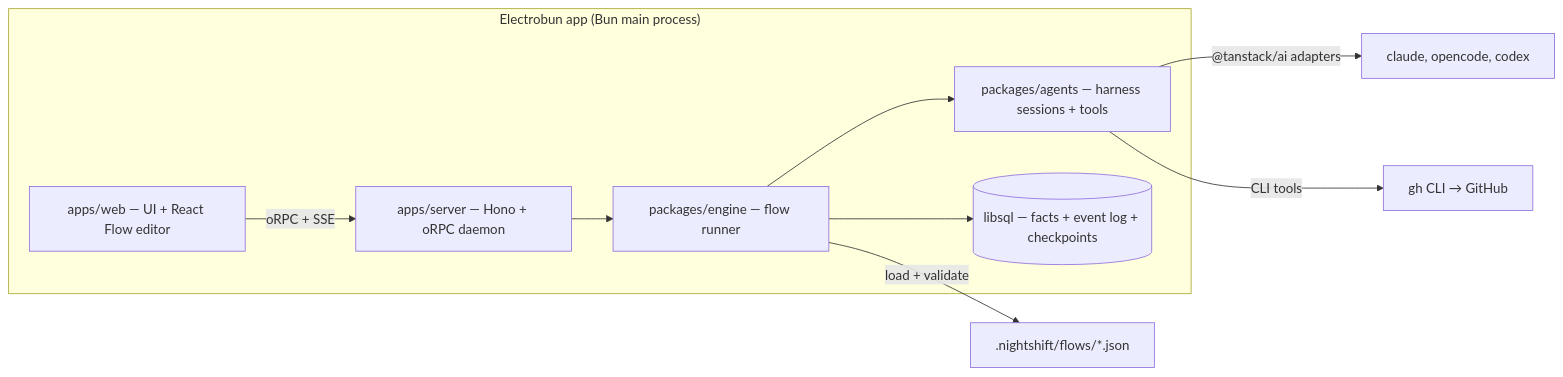
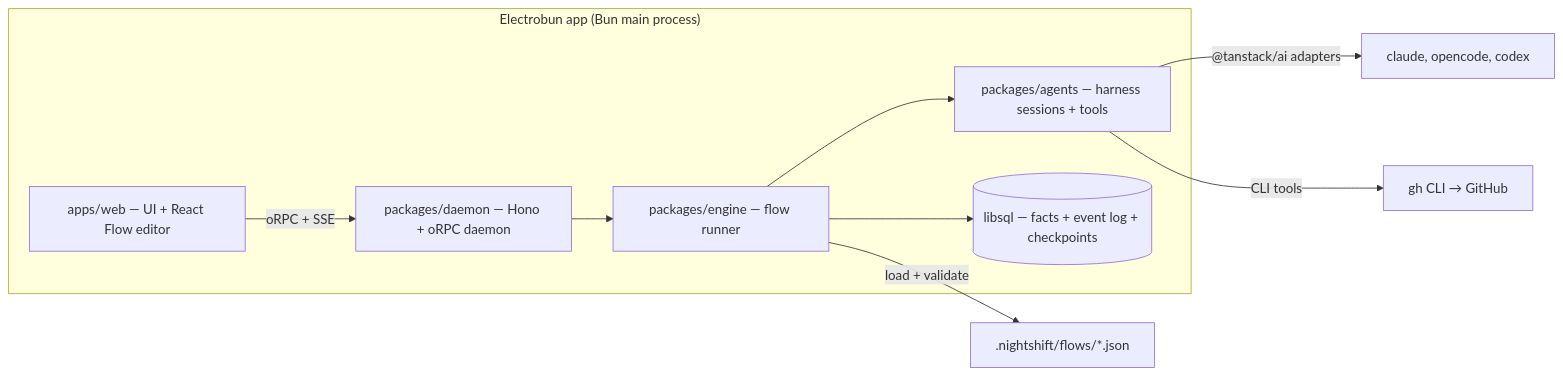
Before and after one commit to xiduzo/nightshift: the diagram in docs/PLAN.md, drawn with Mermaid. The commit also changed other lines of this file and 8 other files, not shown here.

````diff
--- a/docs/PLAN.md
+++ b/docs/PLAN.md
@@ -64,21 +64,21 @@
 ```mermaid
 flowchart LR
   subgraph desktop["Electrobun app (Bun main process)"]
     ui["apps/web — UI + React Flow editor"]
-    daemon["apps/server — Hono + oRPC daemon"]
+    daemon["packages/daemon — Hono + oRPC daemon"]
     engine["packages/engine — flow runner"]
     agents["packages/agents — harness sessions + tools"]
     db[("libsql — facts + event log + checkpoints")]
   end
   flows[".nightshift/flows/*.json"]
   harness["claude, opencode, codex"]
   gh["gh CLI → GitHub"]
 
   ui -- "oRPC + SSE" --> daemon
   daemon --> engine
   engine --> agents
   engine --> db
   engine -- "load + validate" --> flows
   agents -- "@tanstack/ai adapters" --> harness
   agents -- "CLI tools" --> gh
 ```
````
